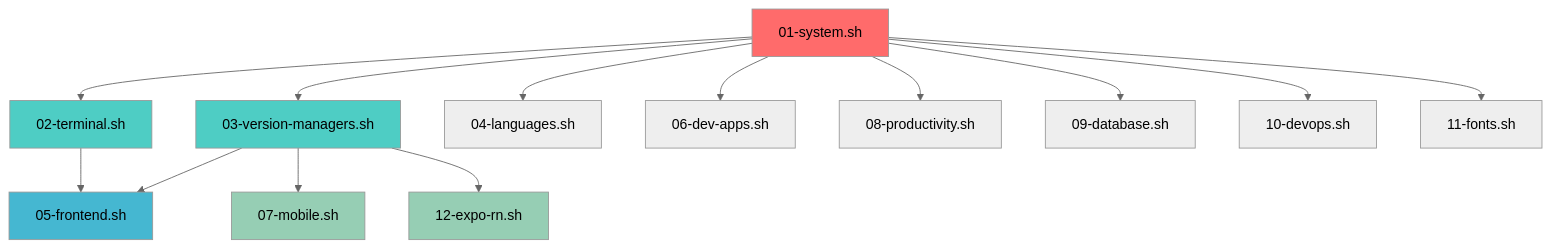
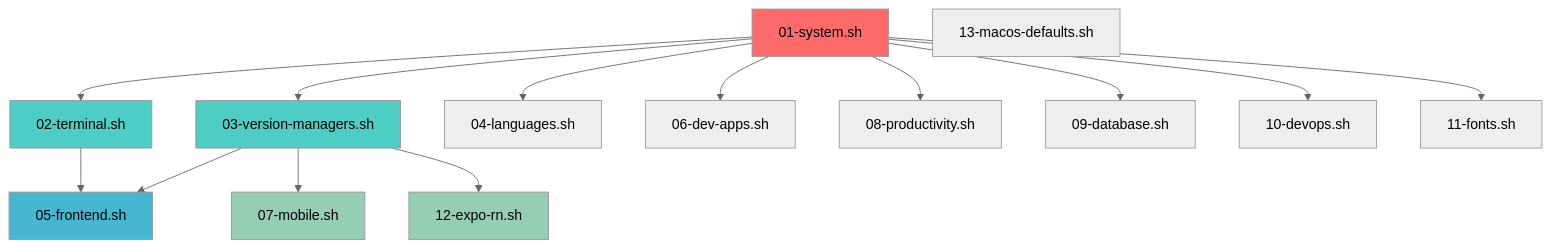
One commit to allanasp/Setup-Developer-Mac changed the diagram in SCRIPT_GUIDE.md. Above: the diagram before and after it, drawn with Mermaid (neutral theme). The commit also changed other lines of this file and 8 other files, not shown here.

````diff
--- a/SCRIPT_GUIDE.md
+++ b/SCRIPT_GUIDE.md
@@ -559,23 +621,24 @@
 ```mermaid
 graph TD
     A[01-system.sh] --> B[02-terminal.sh]
     A --> C[03-version-managers.sh]
     A --> D[04-languages.sh]
     A --> F[06-dev-apps.sh]
     A --> G[08-productivity.sh]
     A --> H[09-database.sh]
     A --> I[10-devops.sh]
     A --> J[11-fonts.sh]
+    M[13-macos-defaults.sh]
     
     B --> E[05-frontend.sh]
     C --> E
     C --> K[07-mobile.sh]
     C --> L[12-expo-rn.sh]
     
     style A fill:#ff6b6b
     style B fill:#4ecdc4  
     style C fill:#4ecdc4
     style E fill:#45b7d1
     style K fill:#96ceb4
     style L fill:#96ceb4
 ```
````
